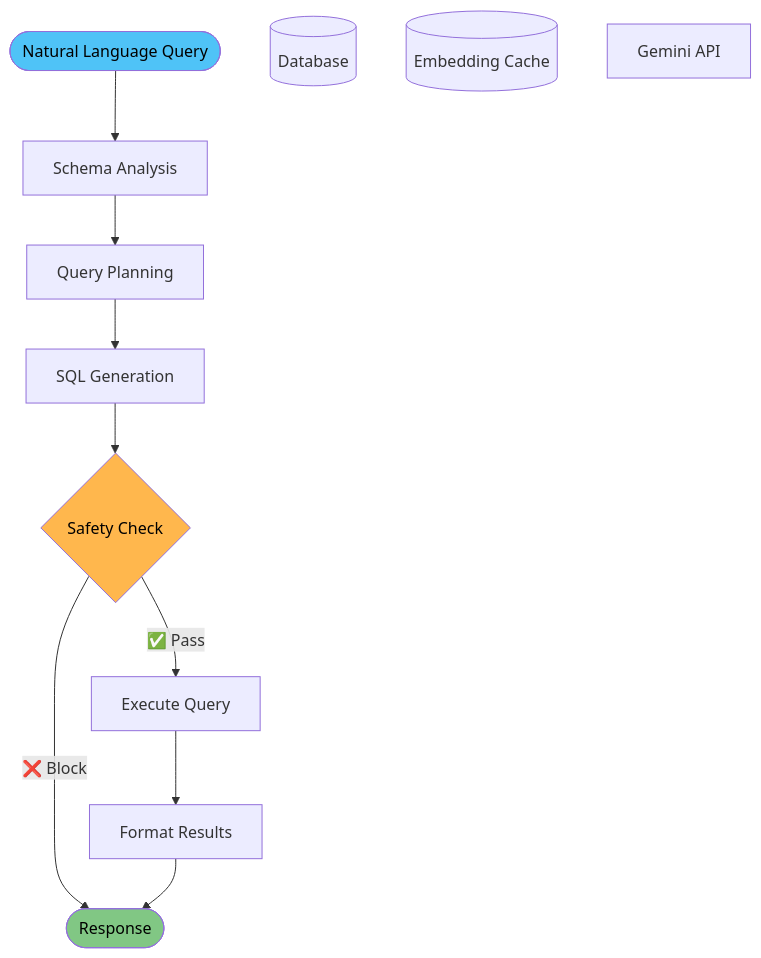
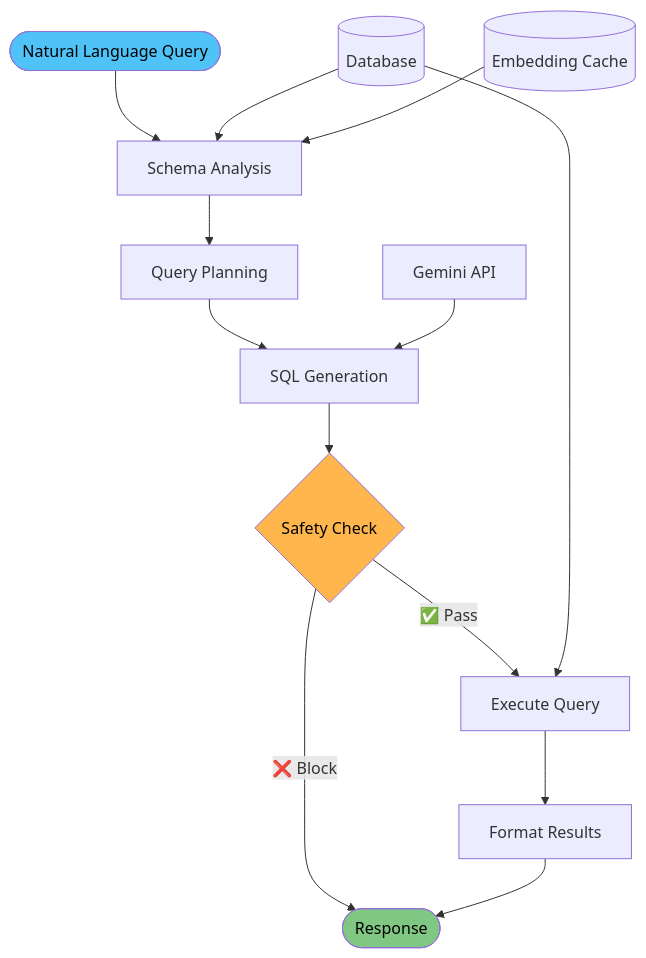
One commit to keo571/netquery changed the diagram in README.md. Above: the diagram before and after it, drawn with Mermaid.

Commit message:
Show how resources are used in the processing pipeline
- Database connects to Schema Analysis (provides schema metadata)
- Embedding Cache connects to Schema Analysis (semantic table matching)
- Gemini API connects to SQL Generation (LLM-powered SQL creation)
- Database also connects to Execute Query (runs the generated SQL)
- Clear data flow showing how each resource is actually used
- Solid arrows show direct usage relationships

🤖 Generated with [Claude Code](https://claude.ai/code)

````diff
--- a/README.md
+++ b/README.md
@@ -7,19 +7,20 @@
 ```mermaid
 flowchart TD
     A([Natural Language Query]) --> B[Schema Analysis]
     B --> C[Query Planning] 
     C --> D[SQL Generation]
     D --> E{Safety Check}
     E -->|✅ Pass| F[Execute Query]
     E -->|❌ Block| H
     F --> G[Format Results]
     G --> H([Response])
     
-    DB[(Database)]
-    CACHE[(Embedding Cache)]
-    LLM[Gemini API]
+    DB[(Database)] --> B
+    CACHE[(Embedding Cache)] --> B
+    LLM[Gemini API] --> D
+    DB --> F
     
     style A fill:#4FC3F7,color:#000
     style H fill:#81C784,color:#000
     style E fill:#FFB74D,color:#000
 ```
````
